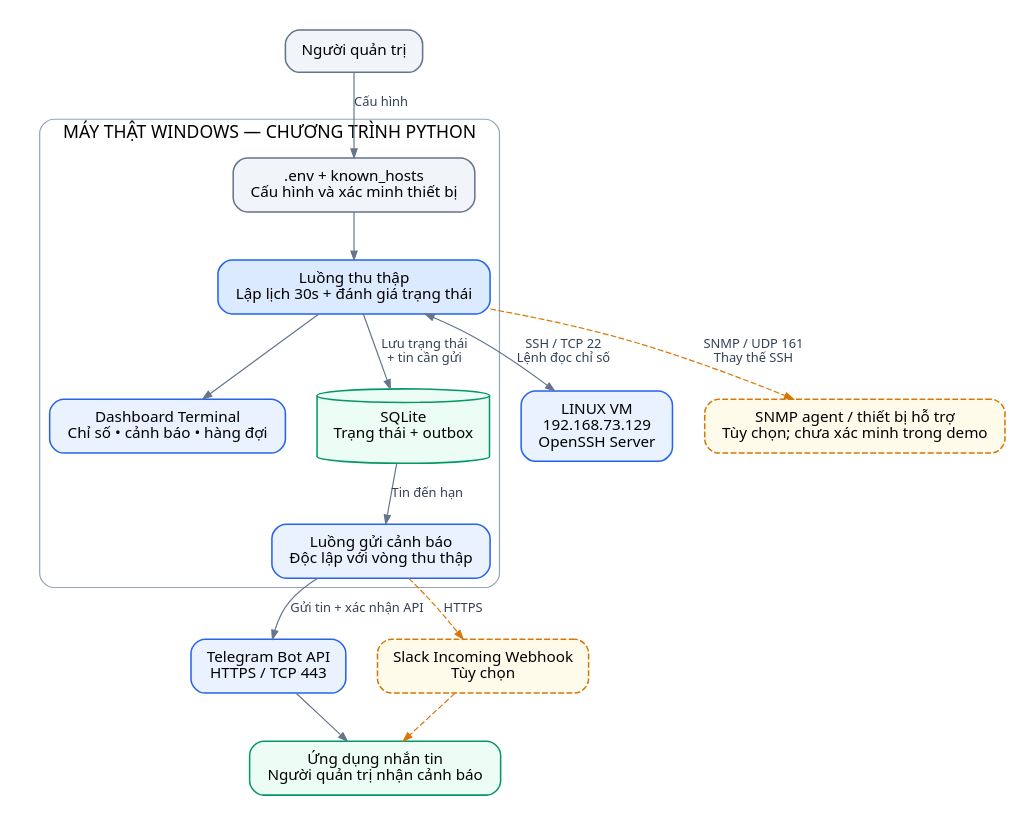
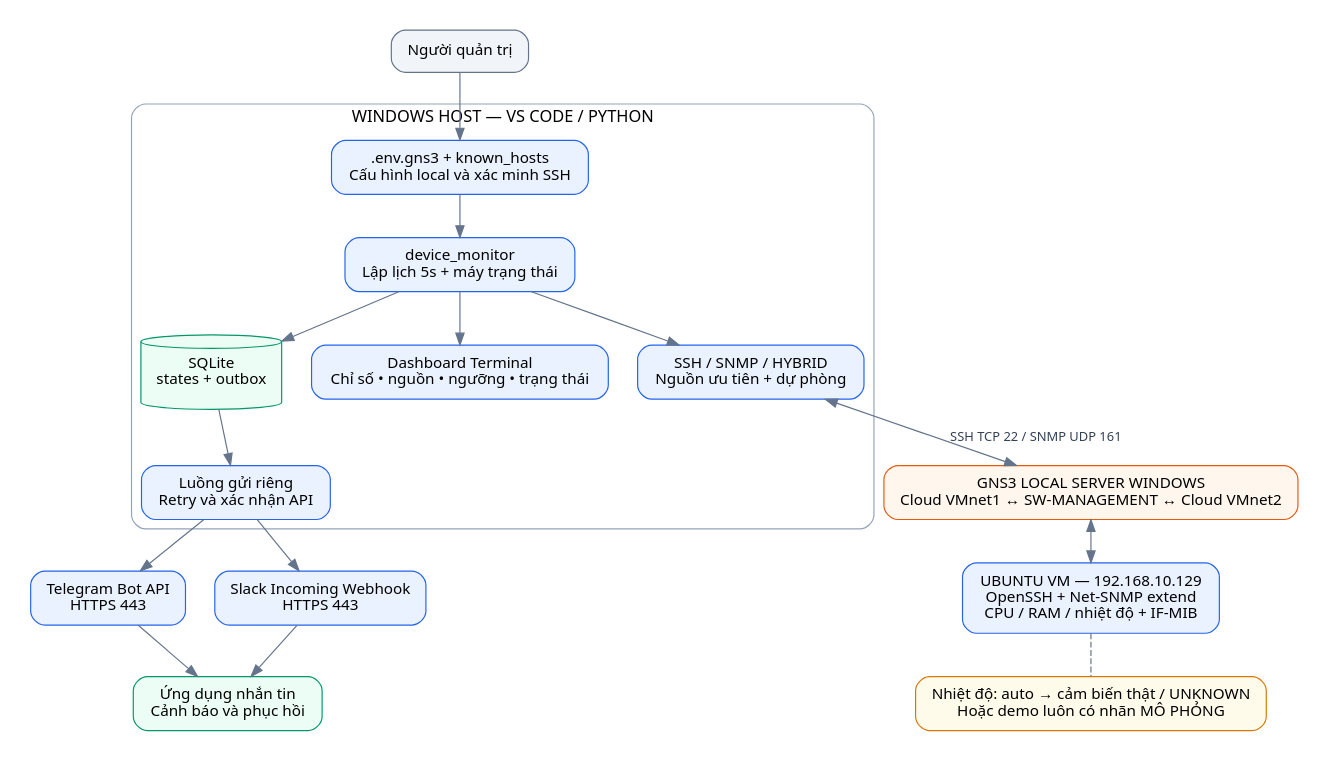
Before and after one commit to tunato2807-del/qtmnc: the diagram in docs/diagrams/source/01-kien-truc-tong-the.dot, drawn with Graphviz. The commit also changed 68 other files, not shown here.

Commit message:
Rebuild monitoring project for GNS3 SSH SNMP lab with detailed Windows guide

```diff
--- a/docs/diagrams/source/01-kien-truc-tong-the.dot
+++ b/docs/diagrams/source/01-kien-truc-tong-the.dot
@@ -1,28 +1,28 @@
 digraph G {
- graph [rankdir=TB, bgcolor="white", pad="0.25", nodesep="0.38", ranksep="0.55", fontname="Noto Sans", fontsize=16, compound=true];
- node [shape=box, style="rounded,filled", fillcolor="#eaf2ff", color="#2563eb", fontname="Noto Sans", fontsize=13, margin="0.18,0.12", penwidth=1.3];
- edge [color="#64748b", fontcolor="#334155", fontname="Noto Sans", fontsize=11, arrowsize=.75];
- admin [label="Người quản trị", fillcolor="#f1f5f9", color="#64748b"];
- linux [label="LINUX VM\n192.168.73.129\nOpenSSH Server"];
- optional [label="SNMP agent / thiết bị hỗ trợ\nTùy chọn; chưa xác minh trong demo",fillcolor="#fffbeb",color="#d97706",style="rounded,filled,dashed"];
+ graph [rankdir=TB, bgcolor="white", pad=".25", nodesep=".35", ranksep=".5", fontname="Noto Sans", compound=true];
+ node [shape=box, style="rounded,filled", fillcolor="#eaf2ff", color="#2563eb", fontname="Noto Sans", fontsize=13, margin=".18,.12"];
+ edge [color="#64748b", fontcolor="#334155", fontname="Noto Sans", fontsize=11];
+ admin [label="Người quản trị",fillcolor="#f1f5f9",color="#64748b"];
  subgraph cluster_windows {
-  label="MÁY THẬT WINDOWS — CHƯƠNG TRÌNH PYTHON"; color="#94a3b8"; style="rounded"; fontname="Noto Sans"; fontsize=15;
-  env [label=".env + known_hosts\nCấu hình và xác minh thiết bị",fillcolor="#f1f5f9",color="#64748b"];
-  core [label="Luồng thu thập\nLập lịch 30s + đánh giá trạng thái",fillcolor="#dbeafe"];
-  ui [label="Dashboard Terminal\nChỉ số • cảnh báo • hàng đợi"];
-  db [label="SQLite\nTrạng thái + outbox",shape=cylinder,fillcolor="#ecfdf5",color="#059669"];
-  sender [label="Luồng gửi cảnh báo\nĐộc lập với vòng thu thập"];
-  env -> core; core -> ui; core -> db [label="Lưu trạng thái\n+ tin cần gửi"]; db -> sender [label="Tin đến hạn"];
+  label="WINDOWS HOST — VS CODE / PYTHON"; color="#94a3b8"; style=rounded; fontname="Noto Sans";
+  env [label=".env.gns3 + known_hosts\nCấu hình local và xác minh SSH"];
+  core [label="device_monitor\nLập lịch 5s + máy trạng thái"];
+  collectors [label="SSH / SNMP / HYBRID\nNguồn ưu tiên + dự phòng"];
+  ui [label="Dashboard Terminal\nChỉ số • nguồn • ngưỡng • trạng thái"];
+  db [label="SQLite\nstates + outbox",shape=cylinder,fillcolor="#ecfdf5",color="#059669"];
+  sender [label="Luồng gửi riêng\nRetry và xác nhận API"];
+  env -> core; core -> collectors; core -> ui; core -> db; db -> sender;
  }
- tg [label="Telegram Bot API\nHTTPS / TCP 443"];
- slack [label="Slack Incoming Webhook\nTùy chọn",fillcolor="#fffbeb",color="#d97706",style="rounded,filled,dashed"];
- app [label="Ứng dụng nhắn tin\nNgười quản trị nhận cảnh báo",fillcolor="#ecfdf5",color="#059669"];
- admin -> env [label="Cấu hình"];
- core -> linux [label="SSH / TCP 22\nLệnh đọc chỉ số",dir=both];
- core -> optional [label="SNMP / UDP 161\nThay thế SSH",style=dashed,color="#d97706"];
- sender -> tg [label="Gửi tin + xác nhận API"];
- sender -> slack [label="HTTPS",style=dashed,color="#d97706"];
- tg -> app; slack -> app [style=dashed,color="#d97706"];
- {rank=same; linux; optional;}
- {rank=same; tg; slack;}
+ gns [label="GNS3 LOCAL SERVER WINDOWS\nCloud VMnet1 ↔ SW-MANAGEMENT ↔ Cloud VMnet2",fillcolor="#fff7ed",color="#ea580c"];
+ linux [label="UBUNTU VM — 192.168.10.129\nOpenSSH + Net-SNMP extend\nCPU / RAM / nhiệt độ + IF-MIB"];
+ temperature [label="Nhiệt độ: auto → cảm biến thật / UNKNOWN\nHoặc demo luôn có nhãn MÔ PHỎNG",fillcolor="#fffbeb",color="#d97706"];
+ tg [label="Telegram Bot API\nHTTPS 443"];
+ slack [label="Slack Incoming Webhook\nHTTPS 443"];
+ receiver [label="Ứng dụng nhắn tin\nCảnh báo và phục hồi",fillcolor="#ecfdf5",color="#059669"];
+ admin -> env;
+ collectors -> gns [label="SSH TCP 22 / SNMP UDP 161",dir=both];
+ gns -> linux [dir=both]; linux -> temperature [style=dashed,dir=none];
+ sender -> tg; sender -> slack;
+ tg -> receiver; slack -> receiver;
+ {rank=same;tg;slack}
 }
```
